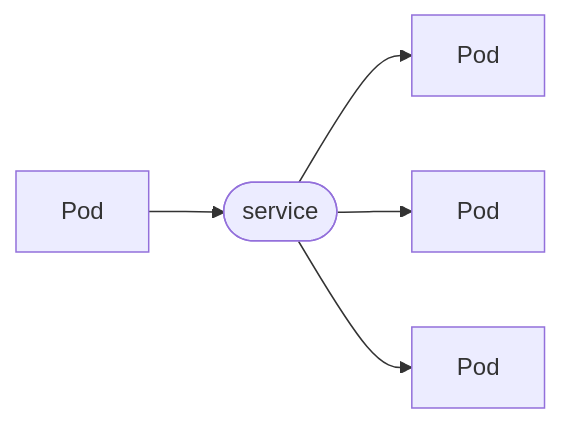
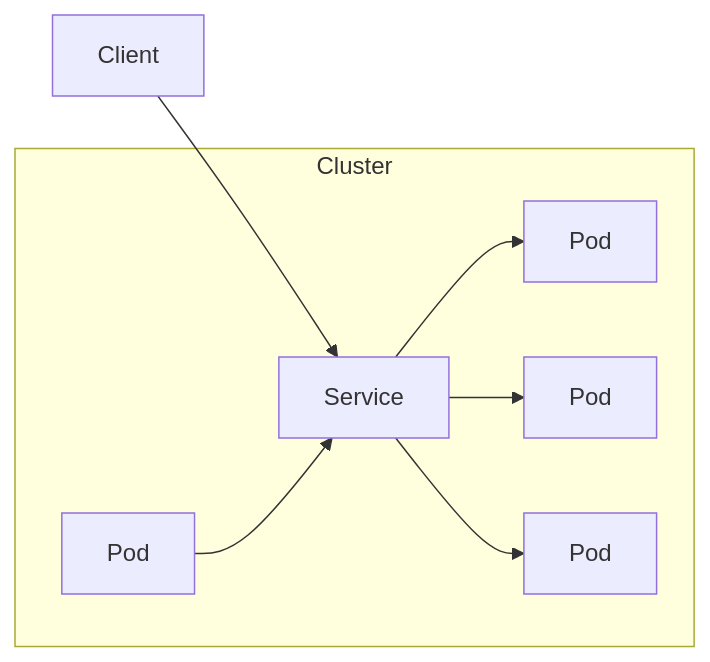
Before and after one commit to gazebo-web/cloudsim: the first of 2 diagrams in pkg/orchestrator/README.md, drawn with Mermaid.

Commit message:
Improve services graph.

````diff
--- a/pkg/orchestrator/README.md
+++ b/pkg/orchestrator/README.md
@@ -28,7 +28,10 @@
 ```mermaid
 graph LR;
-    pod1[Pod]-->service([service])
-    service-->pod2[Pod]
-    service-->pod3[Pod]
-    service-->pod4[Pod]
+    client[Client]-->service[Service]
+    subgraph cluster[Cluster]
+    pod1[Pod]-->service;
+    service-->pod2[Pod];
+    service-->pod3[Pod];
+    service-->pod4[Pod];
+    end
 ```
````
